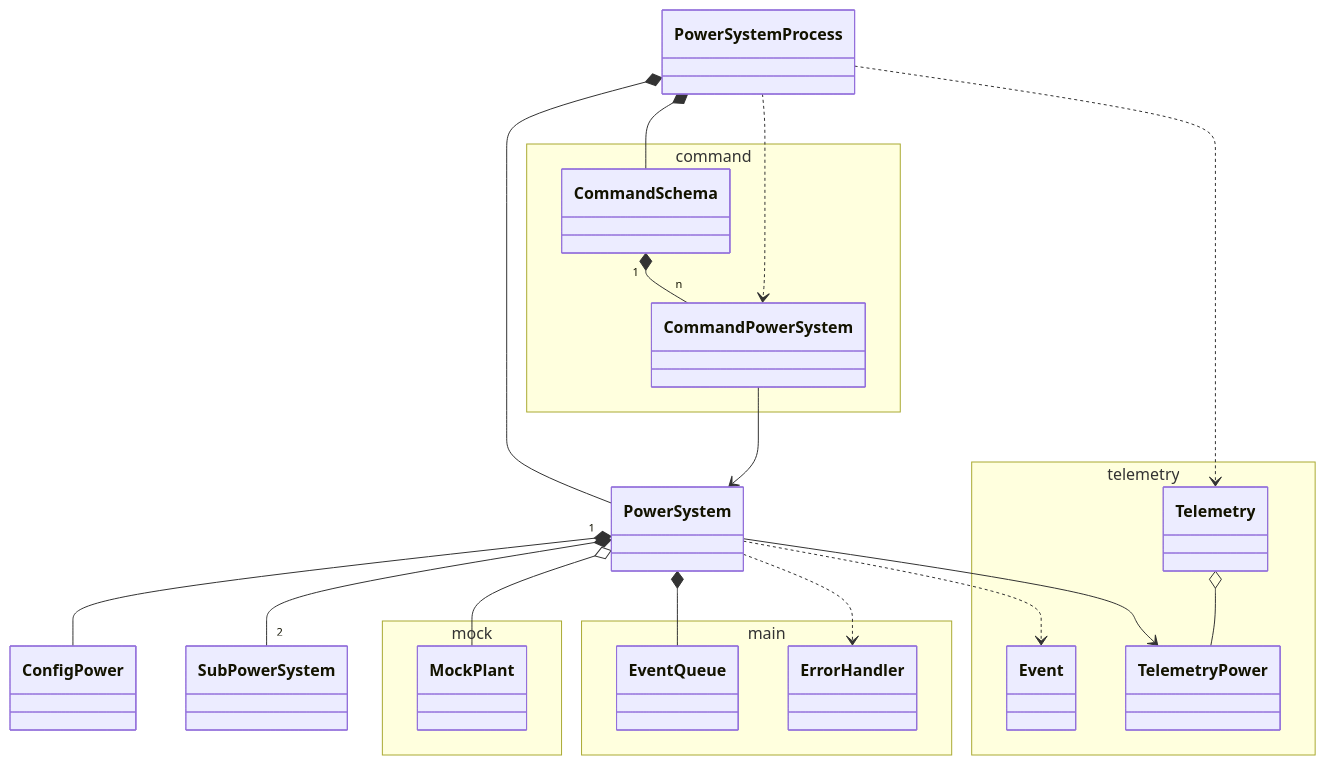
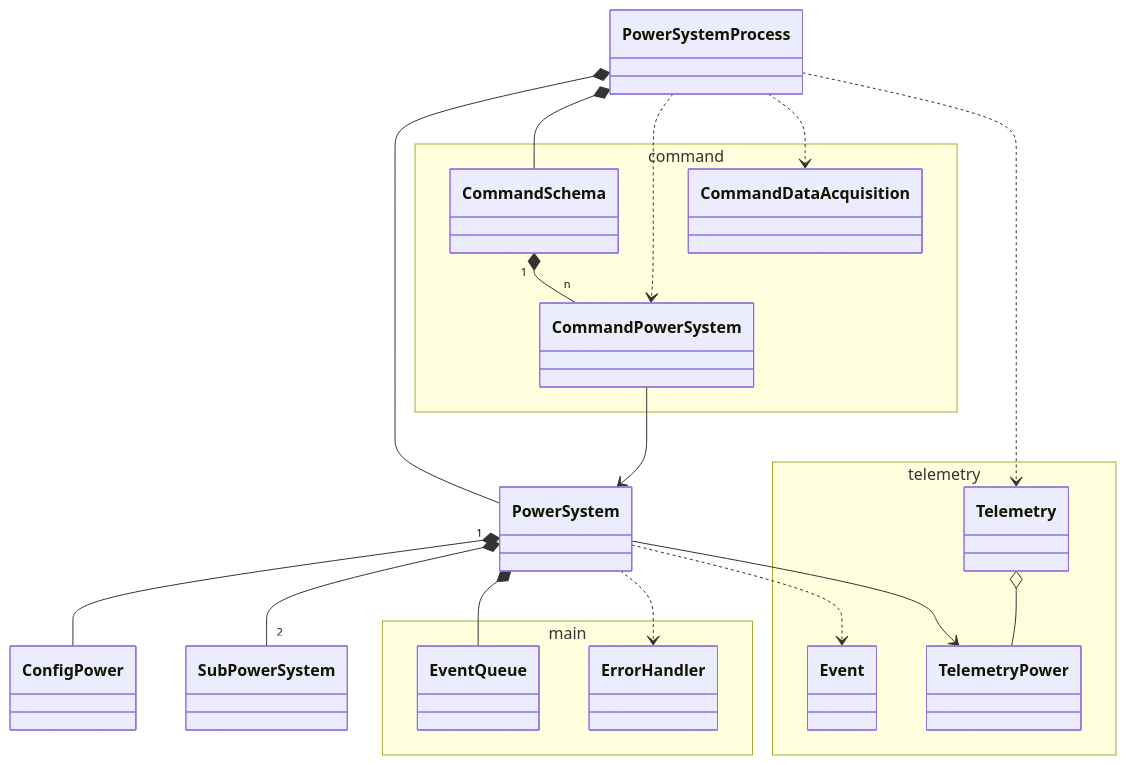
The third of 8 diagrams in doc/class_diagram.md (lsst-ts/ts_mtm2_controller), drawn with Mermaid before and after one commit. The commit also changed other lines of this file and 2 other files, not shown here.

Commit message:
Update the document

````diff
--- a/doc/class_diagram.md
+++ b/doc/class_diagram.md
@@ -146,42 +151,39 @@
 ```mermaid
 classDiagram
 
 namespace main {
   class EventQueue
   class ErrorHandler
-}
-
-namespace mock {
-  class MockPlant
 }
 
 namespace telemetry {
   class Event
   class Telemetry
   class TelemetryPower
 }
 
 Telemetry o-- TelemetryPower
 
 namespace command {
   class CommandSchema
   class CommandPowerSystem
+  class CommandDataAcquisition
 }
 
 CommandSchema "1" *-- "n" CommandPowerSystem
 
 PowerSystemProcess *-- PowerSystem
 PowerSystemProcess *-- CommandSchema
 PowerSystemProcess ..> CommandPowerSystem
+PowerSystemProcess ..> CommandDataAcquisition
 PowerSystemProcess ..> Telemetry
 
 CommandPowerSystem --> PowerSystem
 
 PowerSystem *-- ConfigPower
 PowerSystem "1" *-- "2" SubPowerSystem
-PowerSystem o-- MockPlant
 PowerSystem *-- EventQueue
 PowerSystem ..> Event
 PowerSystem --> TelemetryPower
 PowerSystem ..> ErrorHandler
 ```
````
